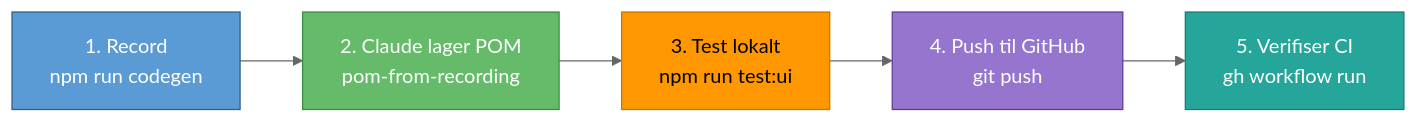
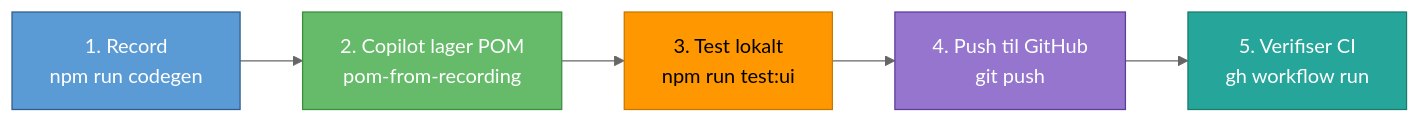
Before and after one commit to navikt/melosys-e2e-tests: the first of 3 diagrams in docs/guides/RECORDING-TO-POM.md, drawn with Mermaid (neutral theme). The commit also changed other lines of this file and 1 other file, not shown here.

First line of the commit message:
Fiks review-funn: Copilot-konsistens og CLAUDE.md-lenke

````diff
--- a/docs/guides/RECORDING-TO-POM.md
+++ b/docs/guides/RECORDING-TO-POM.md
@@ -7,13 +7,13 @@
 ```mermaid
 graph LR
-    A["1. Record\n npm run codegen"] --> B["2. Claude lager POM\n pom-from-recording"]
+    A["1. Record\n npm run codegen"] --> B["2. Copilot lager POM\n pom-from-recording"]
     B --> C["3. Test lokalt\n npm run test:ui"]
     C --> D["4. Push til GitHub\n git push"]
     D --> E["5. Verifiser CI\n gh workflow run"]
 
     style A fill:#5B9BD5,stroke:#2E5C8A,color:#fff
     style B fill:#66BB6A,stroke:#388E3C,color:#fff
     style C fill:#FF9800,stroke:#C77700,color:#000
     style D fill:#9575CD,stroke:#5E3A99,color:#fff
     style E fill:#26A69A,stroke:#1A7A6E,color:#fff
 ```
````
